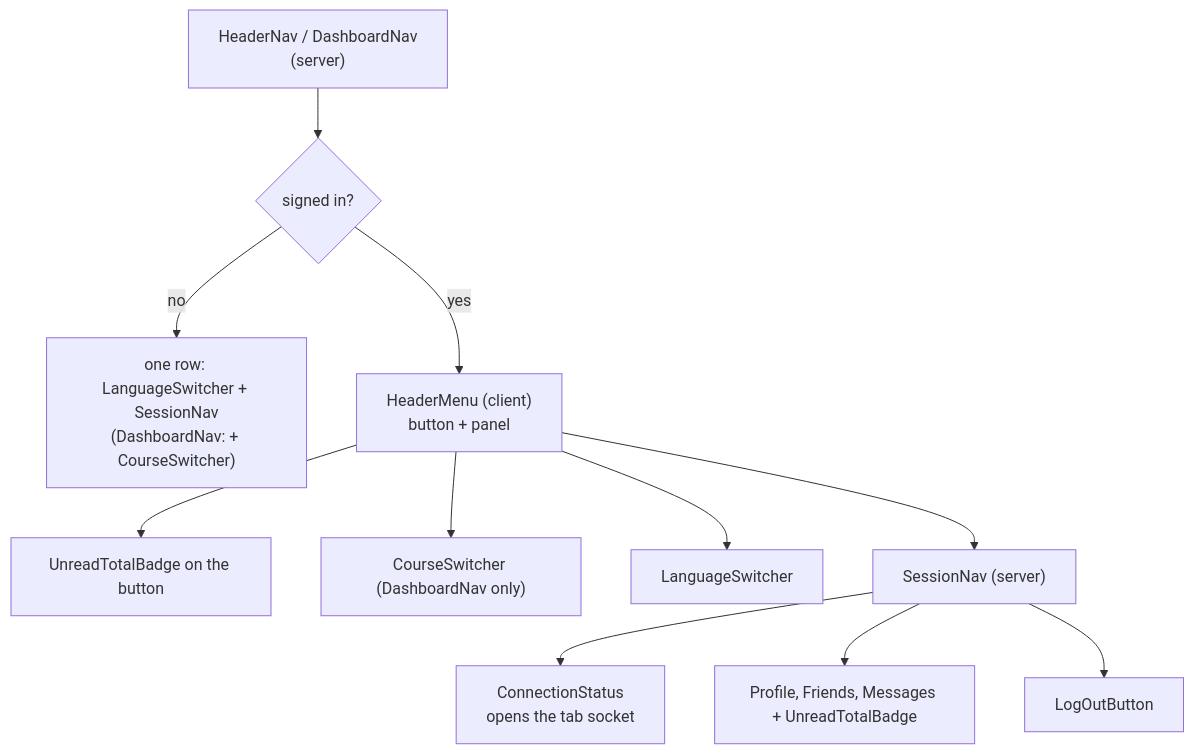
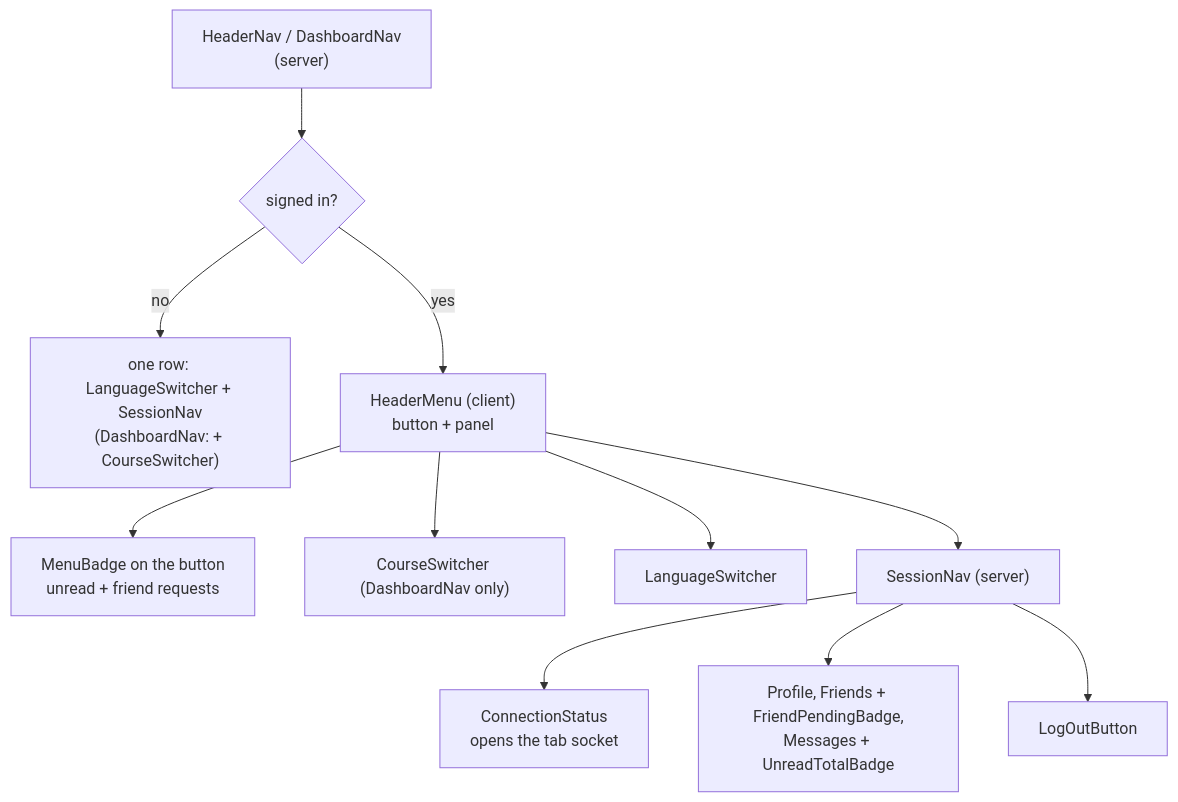
One commit to VictorBro/ft_transcendence changed the second of 5 diagrams in docs/web/03-shell-components.md. Above: the diagram before and after it, drawn with Mermaid. The commit also changed other lines of this file and 223 other files, not shown here.

````diff
--- a/docs/web/03-shell-components.md
+++ b/docs/web/03-shell-components.md
@@ -44,13 +44,13 @@
 ```mermaid
 flowchart TD
     HN["HeaderNav / DashboardNav<br/>(server)"] --> Q{"signed in?"}
     Q -- no --> ROW["one row: LanguageSwitcher + SessionNav<br/>(DashboardNav: + CourseSwitcher)"]
     Q -- yes --> HM["HeaderMenu (client)<br/>button + panel"]
-    HM --> UB1["UnreadTotalBadge on the button"]
+    HM --> UB1["MenuBadge on the button<br/>unread + friend requests"]
     HM --> CS["CourseSwitcher (DashboardNav only)"]
     HM --> LSW["LanguageSwitcher"]
     HM --> SN["SessionNav (server)"]
     SN --> CON["ConnectionStatus<br/>opens the tab socket"]
-    SN --> LINKS["Profile, Friends, Messages + UnreadTotalBadge"]
+    SN --> LINKS["Profile, Friends + FriendPendingBadge,<br/>Messages + UnreadTotalBadge"]
     SN --> LO["LogOutButton"]
 ```
````
